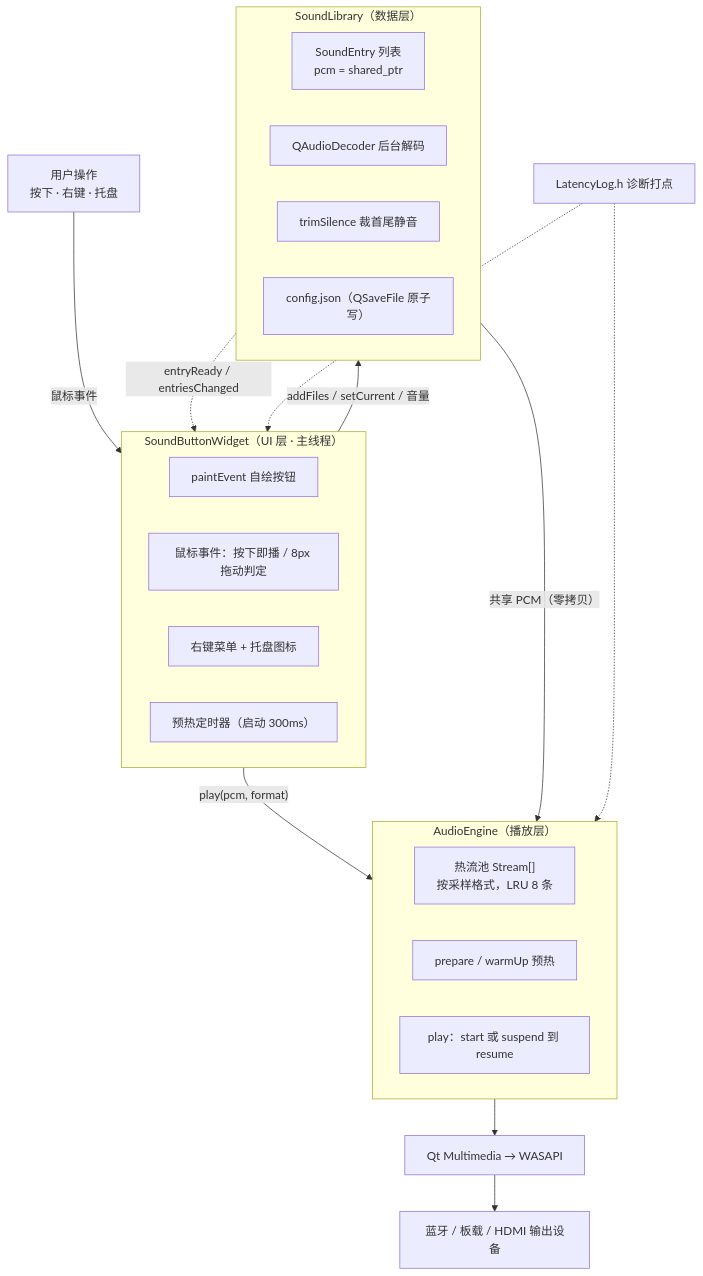
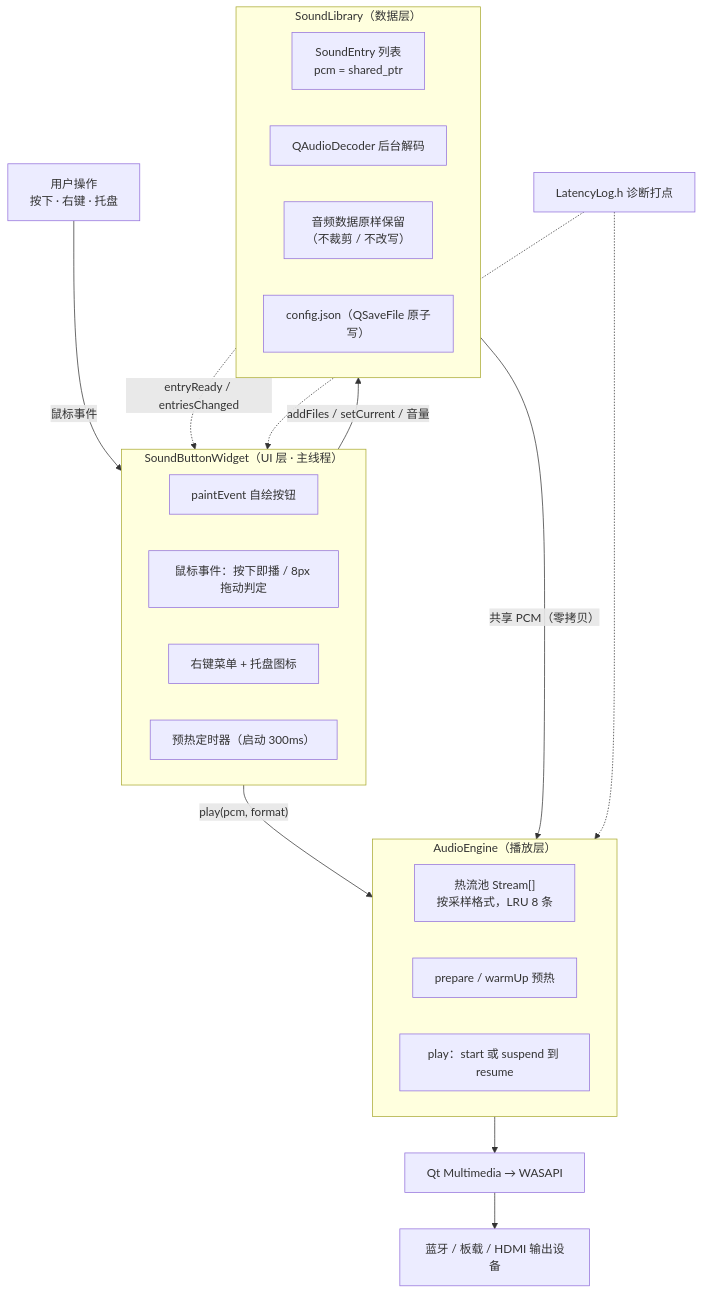
One commit to Huy4z/sound-button changed the first of 3 diagrams in ARCHITECTURE.md. Above: the diagram before and after it, drawn with Mermaid. The commit also changed other lines of this file and 12 other files, not shown here.

````diff
--- a/ARCHITECTURE.md
+++ b/ARCHITECTURE.md
@@ -35,33 +35,33 @@
 ```mermaid
 flowchart TD
     U["用户操作<br/>按下 · 右键 · 托盘"] -->|鼠标事件| UI
 
     subgraph UI["SoundButtonWidget（UI 层 · 主线程）"]
         P["paintEvent 自绘按钮"]
         M["鼠标事件：按下即播 / 8px 拖动判定"]
         C["右键菜单 + 托盘图标"]
         T["预热定时器（启动 300ms）"]
     end
 
     subgraph DATA["SoundLibrary（数据层）"]
         E["SoundEntry 列表<br/>pcm = shared_ptr"]
         D["QAudioDecoder 后台解码"]
-        S["trimSilence 裁首尾静音"]
+        S["音频数据原样保留<br/>（不裁剪 / 不改写）"]
         J["config.json（QSaveFile 原子写）"]
     end
 
     subgraph AUDIO["AudioEngine（播放层）"]
         POOL["热流池 Stream[]<br/>按采样格式，LRU 8 条"]
         W["prepare / warmUp 预热"]
         PLAY["play：start 或 suspend 到 resume"]
     end
 
     UI -->|"addFiles / setCurrent / 音量"| DATA
     DATA -.->|"entryReady / entriesChanged"| UI
     UI -->|"play(pcm, format)"| AUDIO
     DATA -->|"共享 PCM（零拷贝）"| AUDIO
     AUDIO --> DEV["Qt Multimedia → WASAPI"]
     DEV --> OUT["蓝牙 / 板载 / HDMI 输出设备"]
     LOG["LatencyLog.h 诊断打点"] -.-> UI
     LOG -.-> AUDIO
 ```
````
